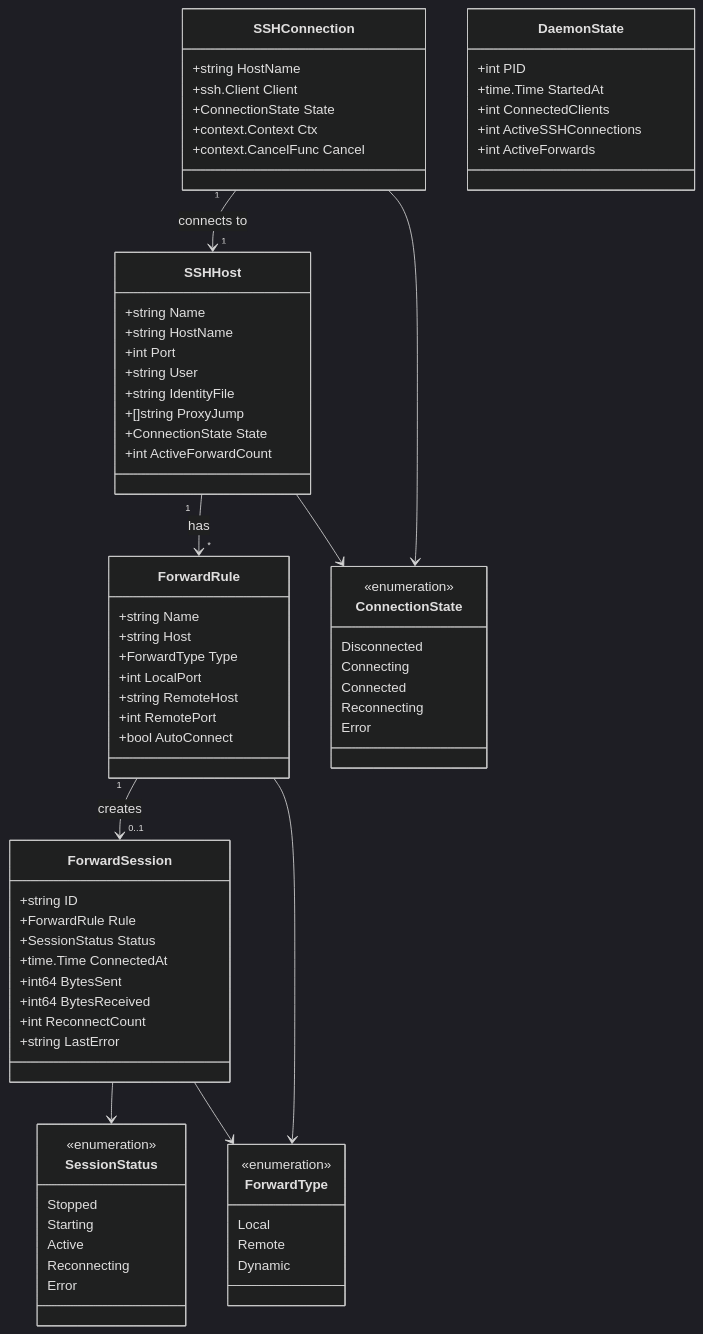
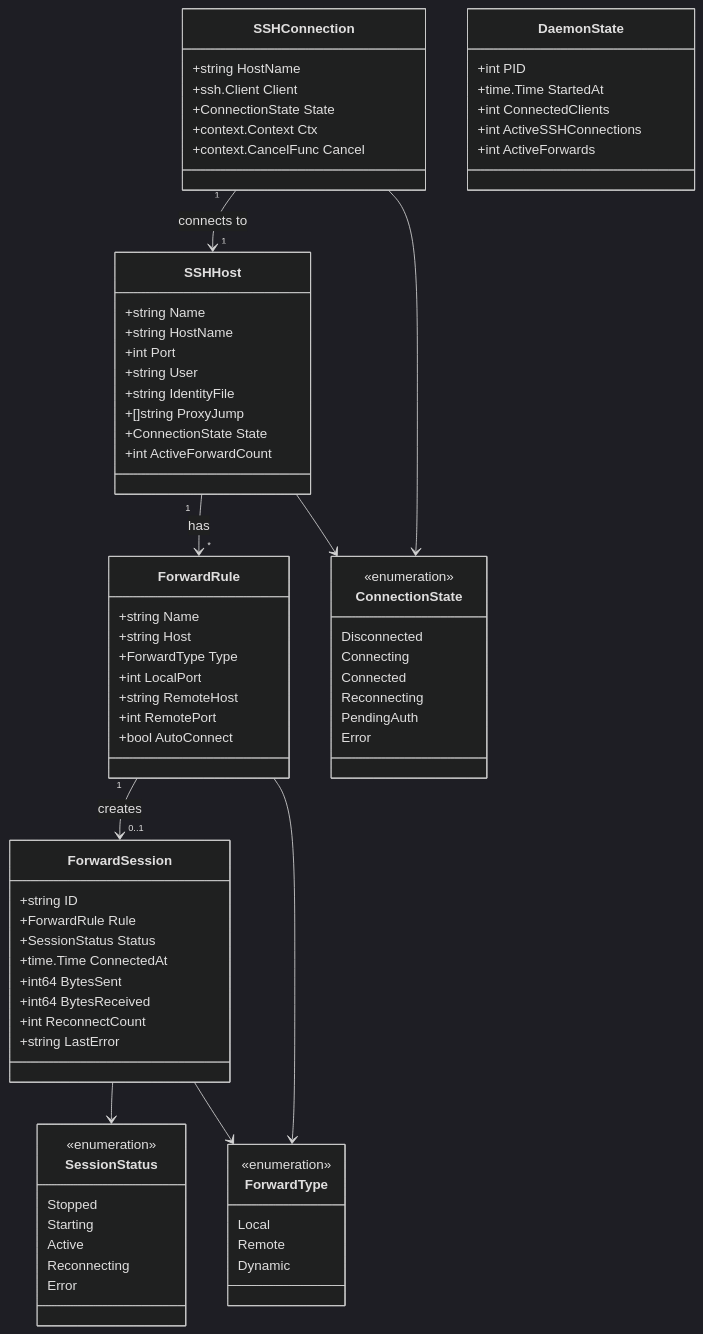
Before and after one commit to ousiassllc/MolePort: the second of 4 diagrams in docs/architecture/data-model.md, drawn with Mermaid (dark theme). The commit also changed other lines of this file, not shown here.

Commit message:
docs: データモデルにクレデンシャル型定義と PendingAuth 状態を追加

```diff
--- a/docs/architecture/data-model.md
+++ b/docs/architecture/data-model.md
@@ -238,6 +238,7 @@
         Connecting
         Connected
         Reconnecting
+        PendingAuth
         Error
     }
 
```
